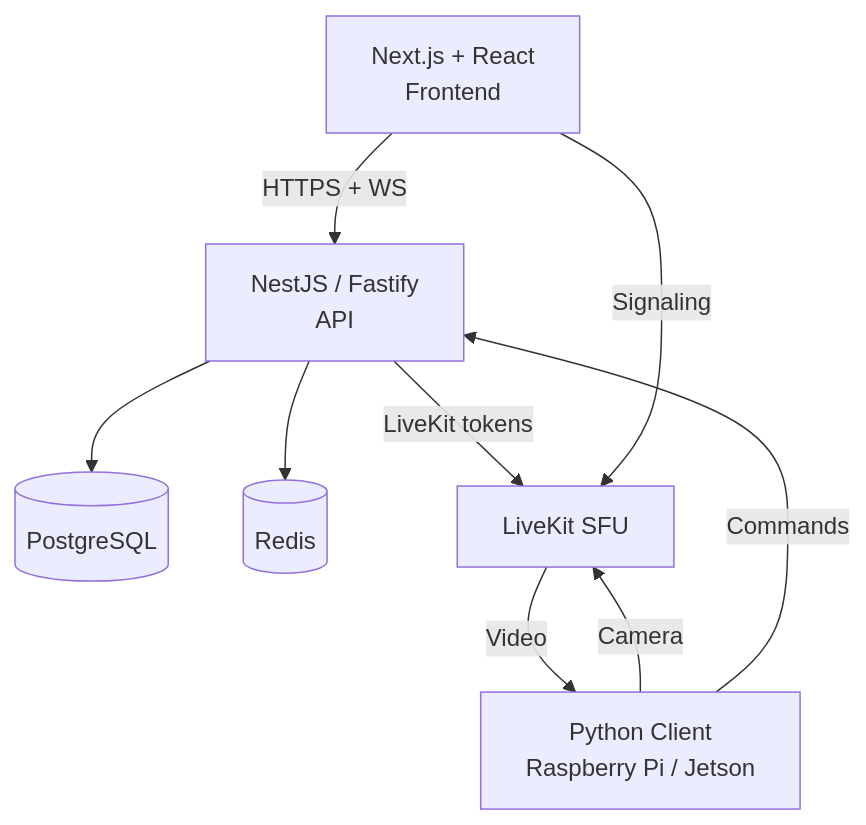
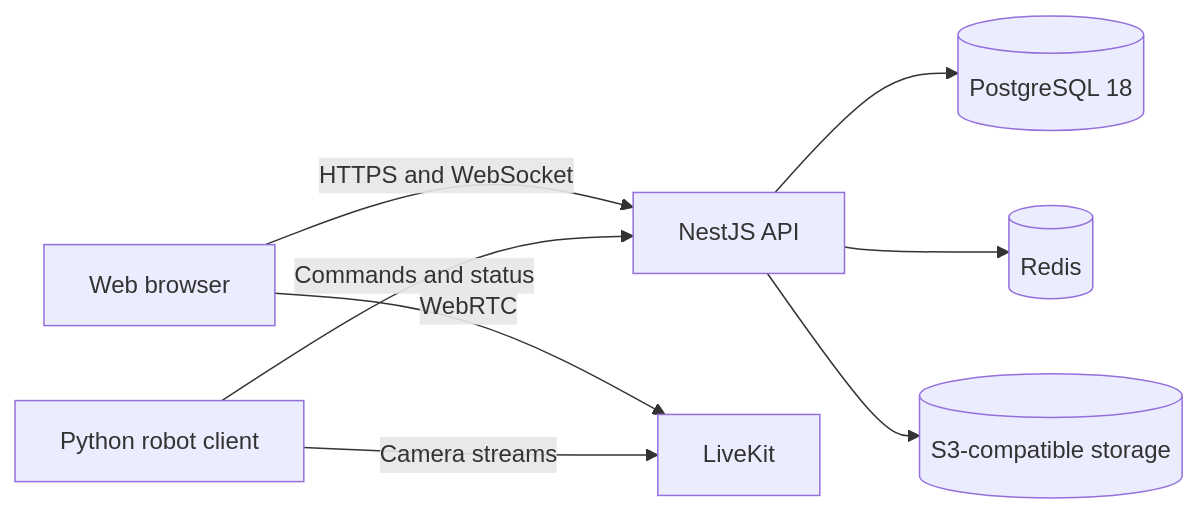
The diagram in README.md (onlybrezel/botparty), drawn with Mermaid before and after one commit. The commit also changed other lines of this file and 71 other files, not shown here.

````diff
--- a/README.md
+++ b/README.md
@@ -38,11 +20,10 @@
 ```mermaid
-flowchart TD
-    Web[Next.js + React<br/>Frontend] -->|HTTPS + WS| API[NestJS / Fastify<br/>API]
-    API --> DB[(PostgreSQL)]
+flowchart LR
+    Browser[Web browser] -->|HTTPS and WebSocket| API[NestJS API]
+    Browser -->|WebRTC| LiveKit[LiveKit]
+    Robot[Python robot client] -->|Commands and status| API
+    Robot -->|Camera streams| LiveKit
+    API --> PostgreSQL[(PostgreSQL 18)]
     API --> Redis[(Redis)]
-    API -- LiveKit tokens --> LK[LiveKit SFU]
-    Web -- Signaling --> LK
-    LK -- Video --> Client[Python Client<br/>Raspberry Pi / Jetson]
-    Client -- Camera --> LK
-    Client -- Commands --> API
+    API --> Storage[(S3-compatible storage)]
 ```
````
